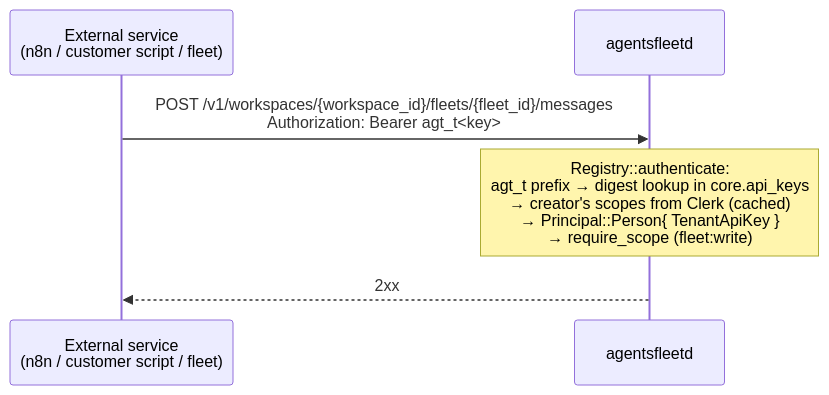
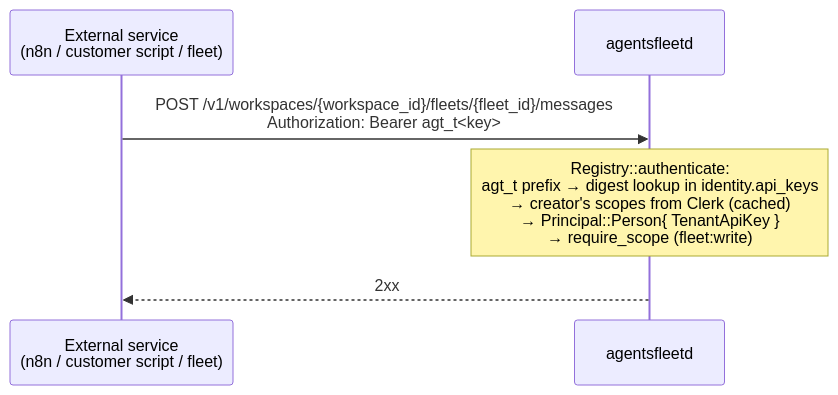
Before and after one commit to agentsfleet/agentsfleet: the fifth of 6 diagrams in docs/AUTH.md, drawn with Mermaid. The commit also changed other lines of this file and 27 other files, not shown here.

First line of the commit message:
docs(architecture): name the rebuilt tables, columns and slots

````diff
--- a/docs/AUTH.md
+++ b/docs/AUTH.md
@@ -650,9 +650,9 @@
 ```mermaid
 sequenceDiagram
     participant Service as External service<br/>(n8n / customer script / fleet)
     participant API as agentsfleetd
 
     Service->>API: POST /v1/workspaces/{workspace_id}/fleets/{fleet_id}/messages<br/>Authorization: Bearer agt_t<key>
-    Note over API: Registry::authenticate:<br/>agt_t prefix → digest lookup in core.api_keys<br/>→ creator's scopes from Clerk (cached)<br/>→ Principal::Person{ TenantApiKey }<br/>→ require_scope (fleet:write)
+    Note over API: Registry::authenticate:<br/>agt_t prefix → digest lookup in identity.api_keys<br/>→ creator's scopes from Clerk (cached)<br/>→ Principal::Person{ TenantApiKey }<br/>→ require_scope (fleet:write)
     API-->>Service: 2xx
 ```
````
